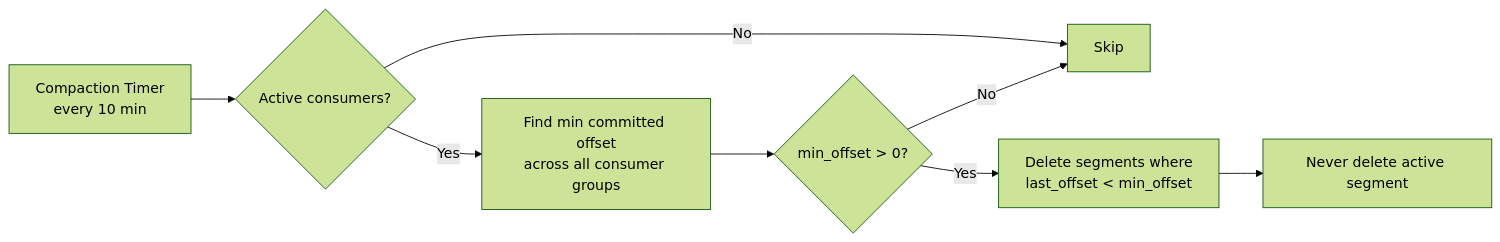
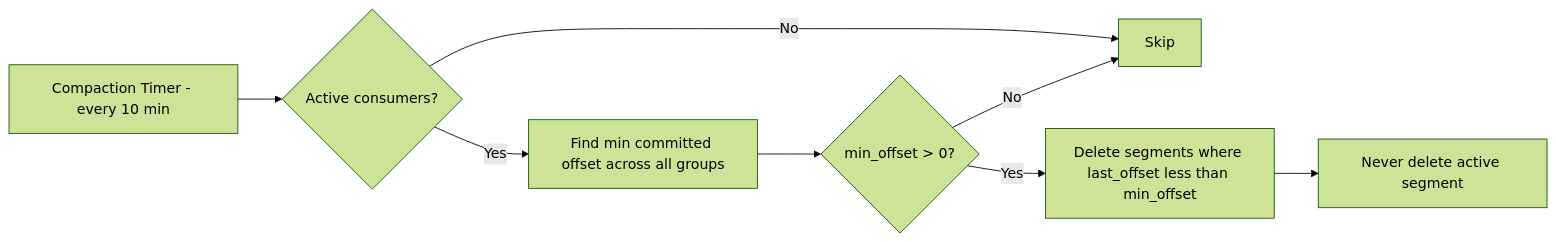
One commit to jatin711-debug/cronos_db_golang changed the ninth of 36 diagrams in ARCHITECTURE.md. Above: the diagram before and after it, drawn with Mermaid (forest theme). The commit also changed other lines of this file, not shown here.

First line of the commit message:
docs(architecture): simplify documentation structure and improve clarity

````diff
--- a/ARCHITECTURE.md
+++ b/ARCHITECTURE.md
@@ -379,10 +358,10 @@
 ```mermaid
 flowchart LR
-    A[Compaction Timer<br/>every 10 min] --> B{Active consumers?}
+    A[Compaction Timer - every 10 min] --> B{Active consumers?}
     B -->|No| Z[Skip]
-    B -->|Yes| C[Find min committed offset<br/>across all consumer groups]
+    B -->|Yes| C[Find min committed offset across all groups]
     C --> D{min_offset > 0?}
     D -->|No| Z
-    D -->|Yes| E[Delete segments where<br/>last_offset < min_offset]
+    D -->|Yes| E[Delete segments where last_offset less than min_offset]
     E --> F[Never delete active segment]
 ```
````
